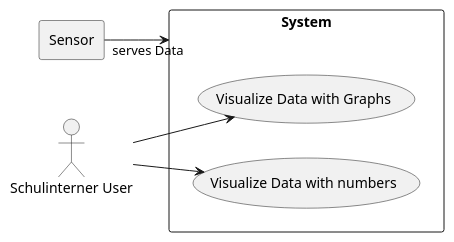
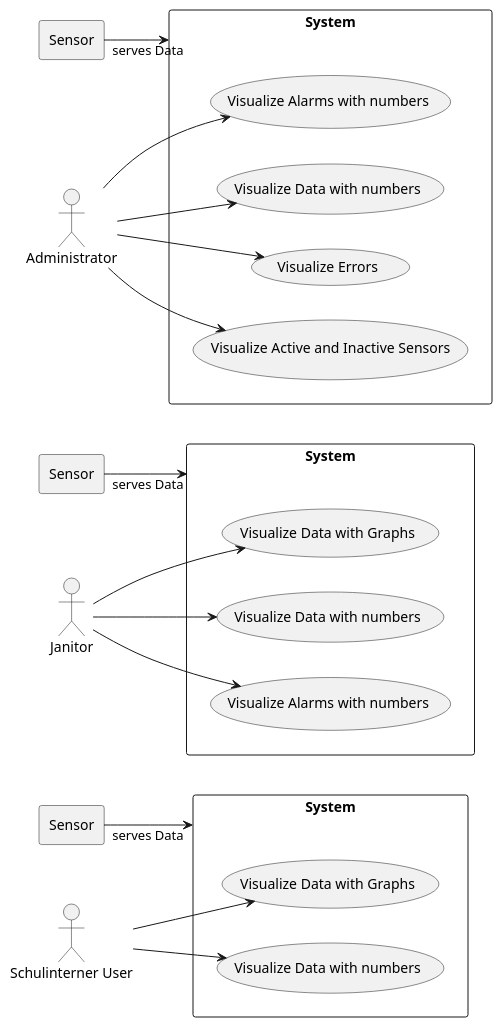
The diagram in docs/asciidocs/plantuml/ucd.puml (2324-5bhitm-itp/2223-4bhitm-project-iot-dashboard), drawn with PlantUML before and after one commit.

Commit message:
ucd 2+3 commit

```diff
--- a/docs/asciidocs/plantuml/ucd.puml
+++ b/docs/asciidocs/plantuml/ucd.puml
@@ -1,18 +1,58 @@
 @startuml
 'https://plantuml.com/sequence-diagram
+
+'UCD 1 -------------------------
 
 left to right direction
 actor "Schulinterner User" as user
 rectangle System {
   usecase "Visualize Data with Graphs" as UC1
   usecase "Visualize Data with numbers" as UC2
 }
 
 rectangle Sensor {
 
 }
 
 user --> UC1
 user --> UC2
 Sensor "serves Data" --> System
+
+'UCD 2 -------------------------
+
+actor "Janitor" as Janitor
+rectangle System as System2 {
+  usecase "Visualize Data with Graphs" as UC12
+  usecase "Visualize Data with numbers" as UC22
+  usecase "Visualize Alarms with numbers" as UC32
+}
+
+rectangle Sensor as Sensor2 {
+
+}
+
+Janitor --> UC12
+Janitor --> UC22
+Janitor --> UC32
+Sensor2 "serves Data" --> System2
+
+'UCD 3 -------------------------
+
+actor "Administrator" as Administrator
+rectangle System as System3 {
+  usecase "Visualize Alarms with numbers" as UC13
+  usecase "Visualize Data with numbers" as UC23
+  usecase "Visualize Errors" as UC33
+  usecase "Visualize Active and Inactive Sensors" as UC43
+}
+
+rectangle Sensor as Sensor3 {
+
+}
+
+Administrator --> UC13
+Administrator --> UC23
+Administrator --> UC33
+Administrator --> UC43
+Sensor3 "serves Data" --> System3
 @enduml
```
